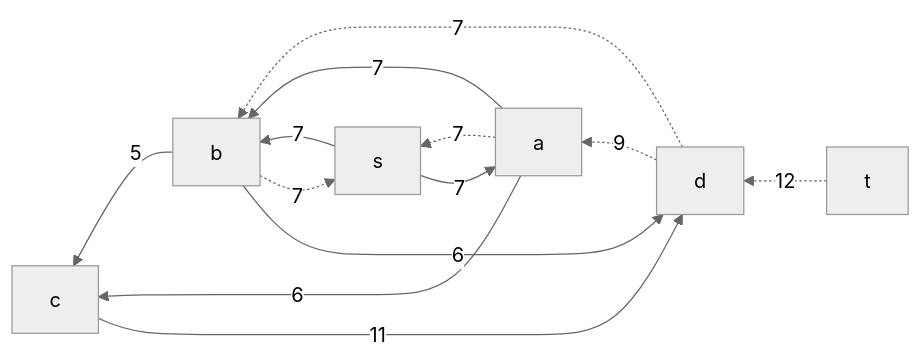
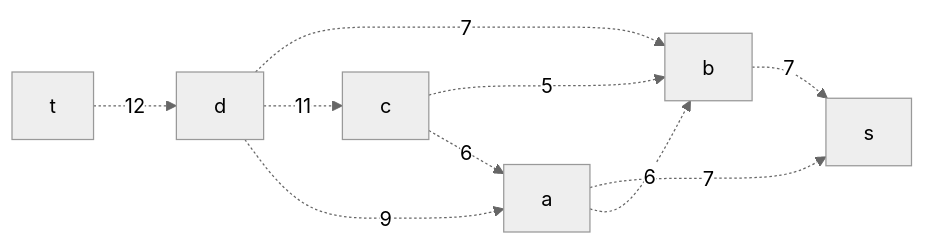
The second of 9 diagrams in task-10/Milty-task-10.md (hse-algo-24-crow/manual-tasks-crow), drawn with Mermaid (neutral theme) before and after one commit. The commit also changed other lines of this file, not shown here.

````diff
--- a/task-10/Milty-task-10.md
+++ b/task-10/Milty-task-10.md
@@ -23,8 +40,12 @@
 ```mermaid
-graph RL
-    t-.->|12|d-.->|9|a-.->|7|s
-    d-.->|7|b-.->|7|s
-    s-->|7|a-->|7|b-->|6|d
-    s-->|7|b-->|5|c
-    a-->|6|c-->|11|d
+graph LR
+    a-.->|7|s
+    b-.->|7|s
+    d-.->|7|b
+    a-.->|6|b
+    c-.->|5|b
+    d-.->|11|c
+    c-.->|6|a
+    d-.->|9|a
+    t-.->|12|d
 ```
````
